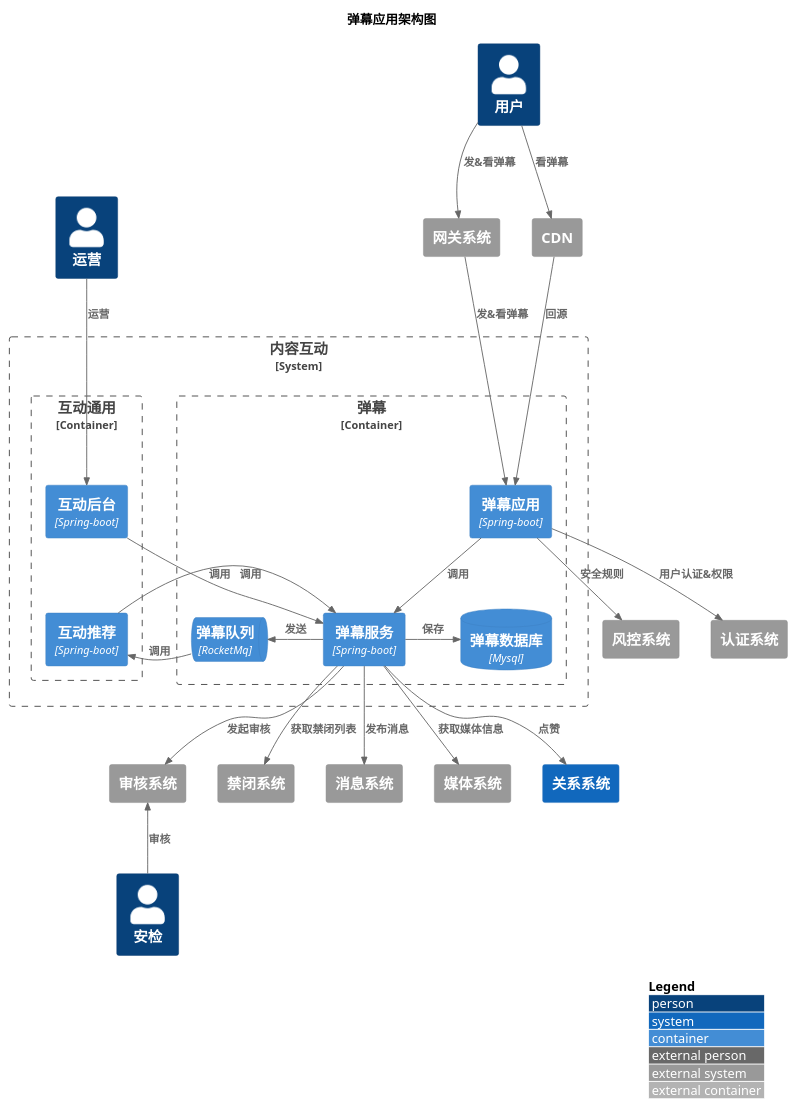
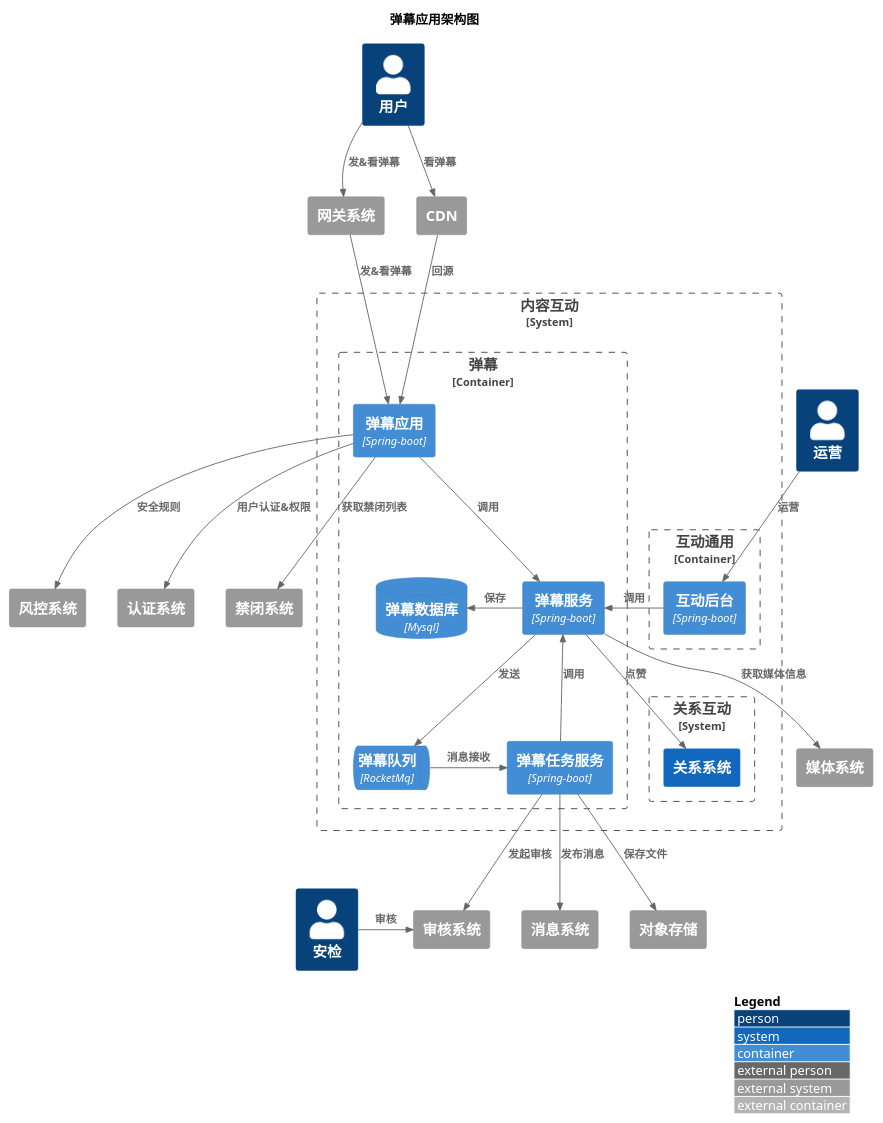
Before and after one commit to nxnnxn/community-doc: the diagram in puml/interact/content/barrage/container.puml, drawn with PlantUML. The commit also changed 2 other files, not shown here.

```diff
--- a/puml/interact/content/barrage/container.puml
+++ b/puml/interact/content/barrage/container.puml
@@ -1,65 +1,69 @@
 @startuml
 !include <C4/C4_Container>
 LAYOUT_WITH_LEGEND()
 
 title 弹幕应用架构图
 
 Person(user, "用户")
 Person(user1, "运营")
 Person(user2, "安检")
 
-System_Boundary(contentInteraction, "内容互动"){
+System_Boundary(interaction, "内容互动"){
     Container_Boundary(barrageBoundary, "弹幕") {
           Container(barrageFacade, "弹幕应用","Spring-boot")
           Container(barrageService, "弹幕服务","Spring-boot")
+          Container(barrageJobService, "弹幕任务服务","Spring-boot")
           ContainerDb(barrageDatabase, "弹幕数据库", "Mysql")
           ContainerQueue(barrageQueue, "弹幕队列", "RocketMq")
           Rel(barrageFacade, barrageService, "调用")
-          Rel_R(barrageService, barrageDatabase, "保存")
-          Rel_L(barrageService, barrageQueue, "发送")
+          Rel_L(barrageService, barrageDatabase, "保存")
+          Rel(barrageService, barrageQueue, "发送")
+          Rel(barrageJobService, barrageService, "调用")
+          Rel_R(barrageQueue, barrageJobService, "消息接收")
     }
 
     Container_Boundary(InteractCommonBoundary, "互动通用"){
         Container(interactAdmin, "互动后台","Spring-boot")
-        Container(interactRecService, "互动推荐","Spring-boot")
-        Lay_D(interactAdmin,interactRecService)
     }
+     System_Boundary(relationBoundary, "关系互动"){
+             System(relation, "关系系统")
+     }
 
-    Rel(interactAdmin, barrageService, "调用")
-    Rel(interactRecService, barrageService, "调用")
-    Rel(barrageQueue,interactRecService, "调用")
+    Rel_R(interactAdmin, barrageService, "调用")
 }
 
 System_Ext(security,"风控系统")
 System_Ext(userSystem,"认证系统")
 System_Ext(forbidden, "禁闭系统")
 System_Ext(audit, "审核系统")
 System_Ext(message, "消息系统")
 System_Ext(video, "媒体系统")
 System_Ext(gateway,"网关系统")
 System_Ext(CDN,"CDN")
-System(relation, "关系系统")
+System_Ext(oss,"对象存储")
+
 
 
 Rel(user, gateway, "发&看弹幕")
 Rel(user, CDN, "看弹幕")
 Rel(gateway, barrageFacade, "发&看弹幕")
 Rel(CDN, barrageFacade, "回源")
 Rel(user1,interactAdmin, "运营")
 
 Rel(barrageFacade, security, "安全规则")
 Rel(barrageFacade, userSystem, "用户认证&权限")
-Rel(barrageService, forbidden, "获取禁闭列表")
-Rel(barrageService, message, "发布消息")
-Rel(barrageService, audit, "发起审核")
+Rel(barrageFacade, forbidden, "获取禁闭列表")
+Rel(barrageJobService, message, "发布消息")
+Rel(barrageJobService, audit, "发起审核")
+Rel(barrageJobService, oss, "保存文件")
 Rel(barrageService, video, "获取媒体信息")
 Rel(barrageService, relation, "点赞")
-Rel_U(user2, audit, "审核")
+Rel_R(user2, audit, "审核")
 
 
 
 
 
 
 
 @enduml
```
